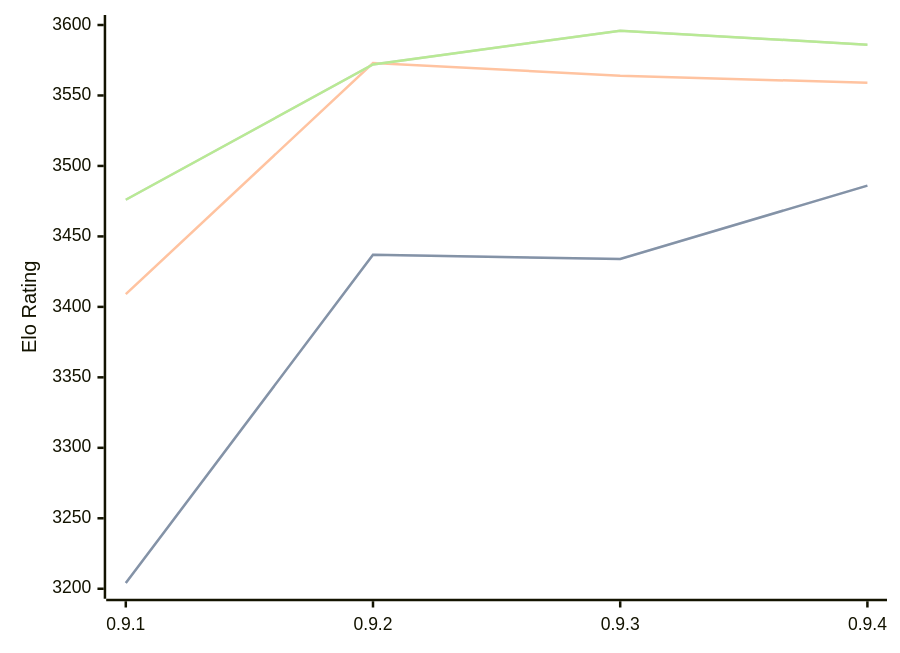
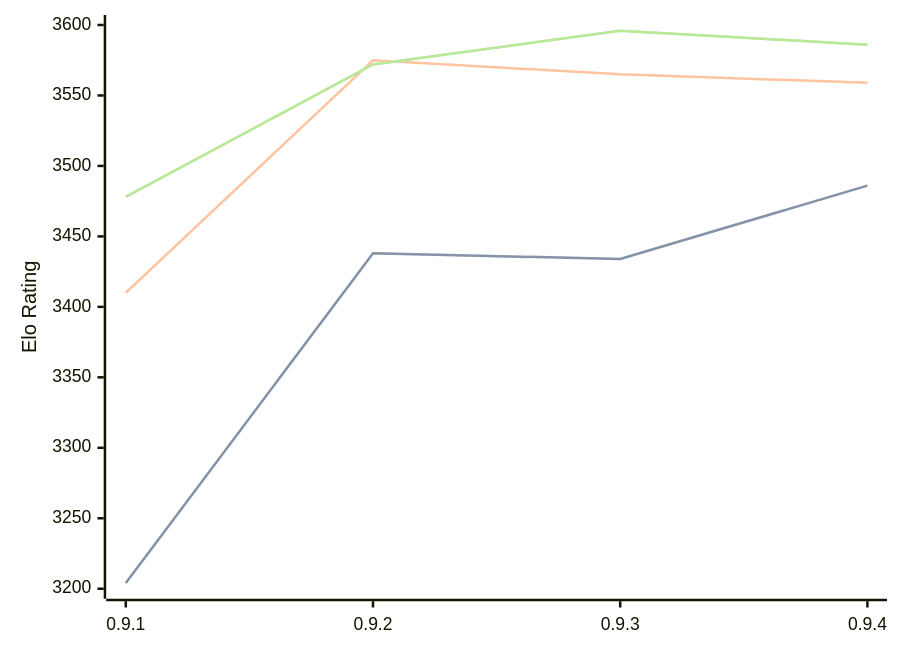
Before and after one commit to computer-chess-index/cci: the diagram in engines/Coda.md, drawn with Mermaid. The commit also changed other lines of this file, not shown here.

Commit message:
Update CCI Ratings (ELO VLTC) - 2026-09-14

````diff
--- a/engines/Coda.md
+++ b/engines/Coda.md
@@ -34,11 +34,11 @@
 ```mermaid
 %%{init: {"theme":"base","themeVariables":{"seriesColors:['#a3a3a3','#222221','#faa371']}}}%%
 xychart-beta
   x-axis ["0.9.1", "0.9.2", "0.9.3", "0.9.4"]
   y-axis "Elo Rating" 3200 --> 3600
-  line "" [3204, 3437, 3434, 3486]
-  line "STC (8.0+0.08s)" [3204, 3437, 3434, 3486]
-  line "LTC (60.0+0.60s)" [3409, 3573, 3564, 3559]
-  line "" [3476, 3572, 3596, 3586]
-  line "VLTC (2m24s+1.12s)" [3476, 3572, 3596, 3586]
+  line "" [3204, 3438, 3434, 3486]
+  line "STC (8.0+0.08s)" [3204, 3438, 3434, 3486]
+  line "LTC (60.0+0.60s)" [3410, 3575, 3565, 3559]
+  line "" [3478, 3572, 3596, 3586]
+  line "VLTC (2m24s+1.12s)" [3478, 3572, 3596, 3586]
 ```
````
